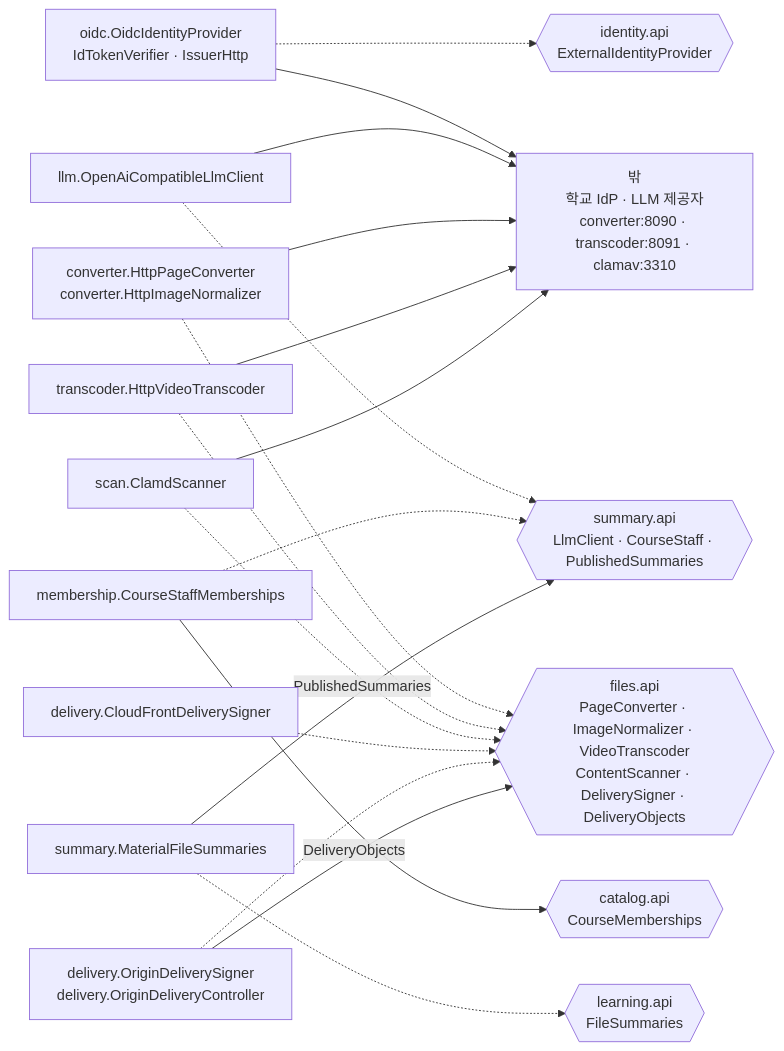
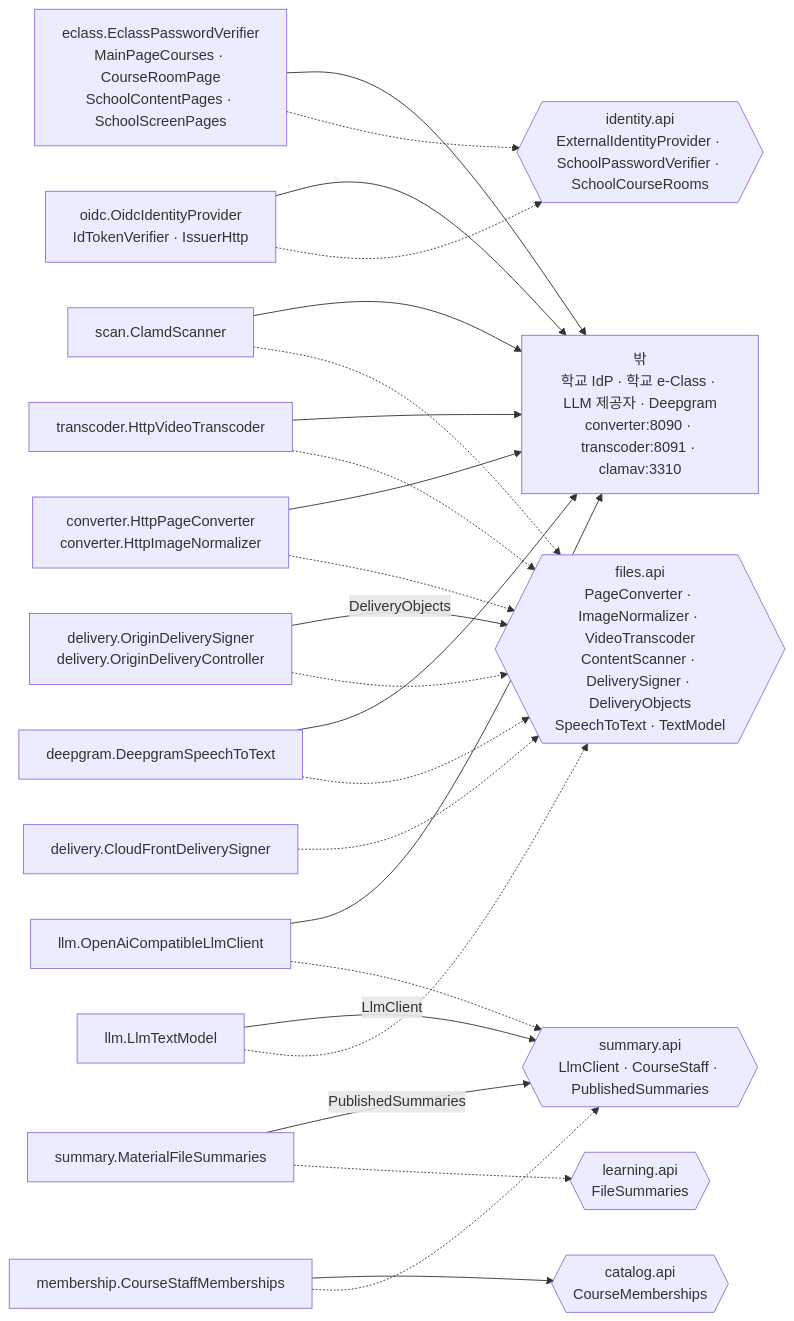
Before and after one commit to 2026ENDPoinT/team13: diagram 15 of 19 in backend/docs/c4.md, drawn with Mermaid. The commit also changed other lines of this file and 1 other file, not shown here.

Commit message:
STAC-000 README와 c4.md를 학교 e-Class 연동, Hermes 운영 배포, LLM gateway, 학습실 기능에 맞춤

````diff
--- a/backend/docs/c4.md
+++ b/backend/docs/c4.md
@@ -568,26 +646,31 @@
 ```mermaid
 flowchart LR
   OIDC["oidc.OidcIdentityProvider<br/>IdTokenVerifier · IssuerHttp"]
+  ECL["eclass.EclassPasswordVerifier<br/>MainPageCourses · CourseRoomPage<br/>SchoolContentPages · SchoolScreenPages"]
+  DGM["deepgram.DeepgramSpeechToText"]
+  LTM["llm.LlmTextModel"]
   LLMA["llm.OpenAiCompatibleLlmClient"]
   CONV["converter.HttpPageConverter<br/>converter.HttpImageNormalizer"]
   TR["transcoder.HttpVideoTranscoder"]
   SCAN["scan.ClamdScanner"]
   CFS["delivery.CloudFrontDeliverySigner"]
   ORG["delivery.OriginDeliverySigner<br/>delivery.OriginDeliveryController"]
   MEM["membership.CourseStaffMemberships"]
   MFS["summary.MaterialFileSummaries"]
-  PID{{"identity.api<br/>ExternalIdentityProvider"}}
+  PID{{"identity.api<br/>ExternalIdentityProvider · SchoolPasswordVerifier · SchoolCourseRooms"}}
   PSUM{{"summary.api<br/>LlmClient · CourseStaff · PublishedSummaries"}}
   PLRN{{"learning.api<br/>FileSummaries"}}
-  PF{{"files.api<br/>PageConverter · ImageNormalizer · VideoTranscoder<br/>ContentScanner · DeliverySigner · DeliveryObjects"}}
+  PF{{"files.api<br/>PageConverter · ImageNormalizer · VideoTranscoder<br/>ContentScanner · DeliverySigner · DeliveryObjects<br/>SpeechToText · TextModel"}}
   CAT{{"catalog.api<br/>CourseMemberships"}}
-  EXT["밖<br/>학교 IdP · LLM 제공자<br/>converter:8090 · transcoder:8091 · clamav:3310"]
-  OIDC -.-> PID
+  EXT["밖<br/>학교 IdP · 학교 e-Class · LLM 제공자 · Deepgram<br/>converter:8090 · transcoder:8091 · clamav:3310"]
+  OIDC & ECL -.-> PID
+  DGM & LTM -.-> PF
+  LTM -->|"LlmClient"| PSUM
   LLMA & MEM -.-> PSUM
   CONV & TR & SCAN & CFS & ORG -.-> PF
   ORG -->|"DeliveryObjects"| PF
   MEM --> CAT
   MFS -.-> PLRN
   MFS -->|"PublishedSummaries"| PSUM
-  OIDC & LLMA & CONV & TR & SCAN --> EXT
+  OIDC & ECL & LLMA & DGM & CONV & TR & SCAN --> EXT
 ```
````
